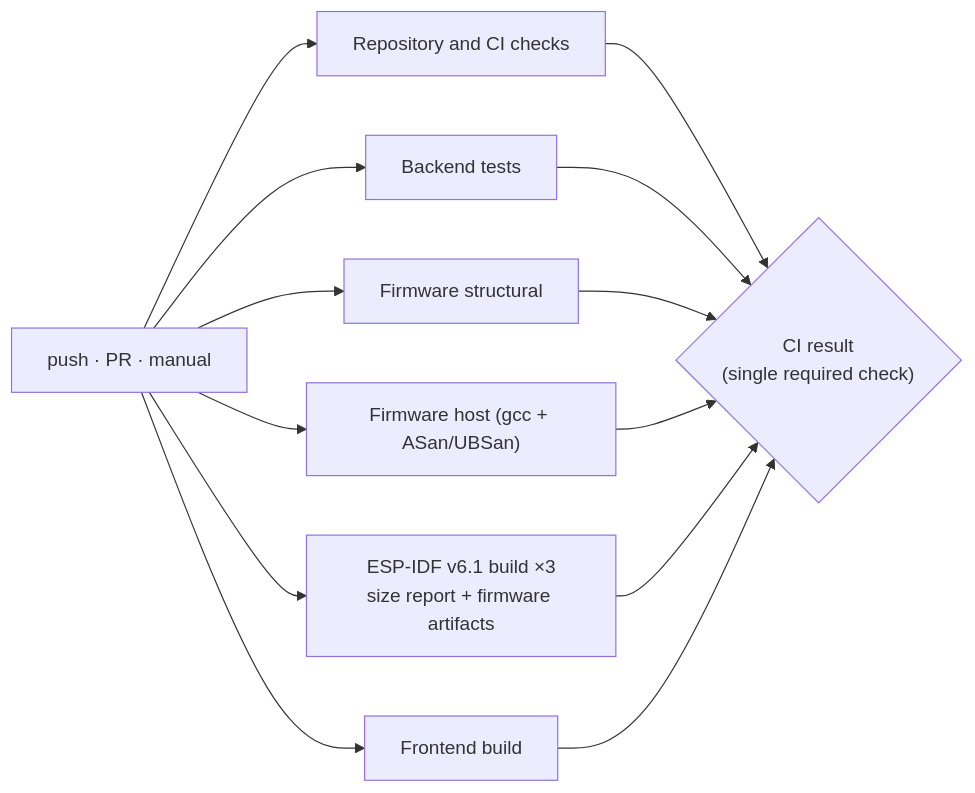
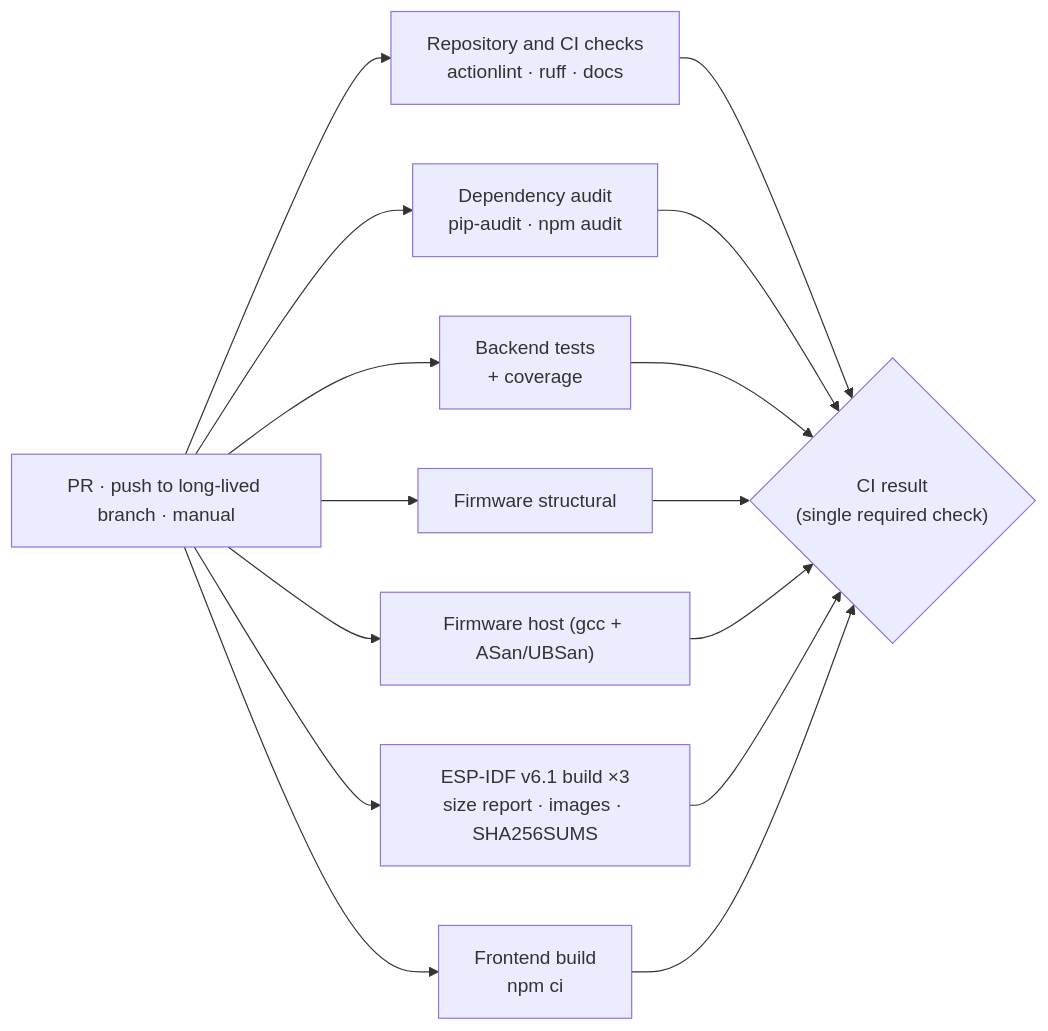
One commit to Kush-Kelaiya22/imPress changed the second of 2 diagrams in docs/guides/testing.md. Above: the diagram before and after it, drawn with Mermaid. The commit also changed other lines of this file and 18 other files, not shown here.

First line of the commit message:
ci: pin the supply chain, lock dependencies, add lint/audit/coverage

````diff
--- a/docs/guides/testing.md
+++ b/docs/guides/testing.md
@@ -194,10 +195,11 @@
 ```mermaid
 flowchart LR
-    T["push · PR · manual"] --> R["Repository and CI checks"]
-    T --> B["Backend tests"]
+    T["PR · push to long-lived branch · manual"] --> R["Repository and CI checks<br/>actionlint · ruff · docs"]
+    T --> A["Dependency audit<br/>pip-audit · npm audit"]
+    T --> B["Backend tests<br/>+ coverage"]
     T --> S["Firmware structural"]
     T --> H["Firmware host (gcc + ASan/UBSan)"]
-    T --> I["ESP-IDF v6.1 build ×3<br/>size report + firmware artifacts"]
-    T --> F["Frontend build"]
-    R & B & S & H & I & F --> G{"CI result<br/>(single required check)"}
+    T --> I["ESP-IDF v6.1 build ×3<br/>size report · images · SHA256SUMS"]
+    T --> F["Frontend build<br/>npm ci"]
+    R & A & B & S & H & I & F --> G{"CI result<br/>(single required check)"}
 ```
````
